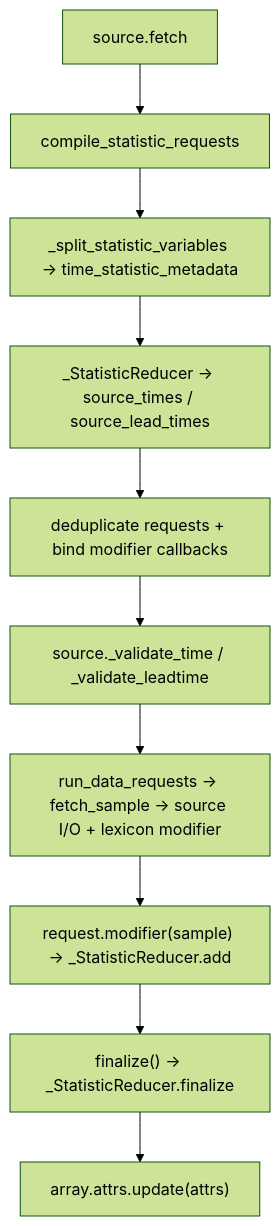
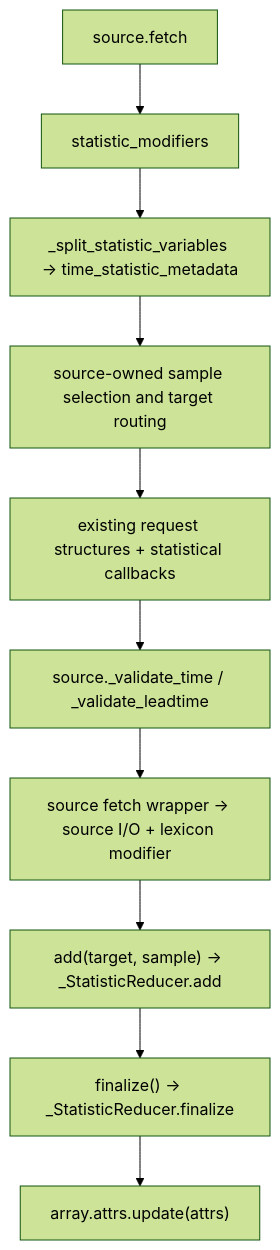
Before and after one commit to NVIDIA/earth2studio: the diagram in dev/spec/TIME_STATISTICS_SPEC.md, drawn with Mermaid (forest theme). The commit also changed other lines of this file and 17 other files, not shown here.

Commit message:
refactor(data): keep temporal sampling and requests source-owned

````diff
--- a/dev/spec/TIME_STATISTICS_SPEC.md
+++ b/dev/spec/TIME_STATISTICS_SPEC.md
@@ -149,12 +149,12 @@
 ```mermaid
 flowchart TD
-    A["source.fetch"] --> B["compile_statistic_requests"]
+    A["source.fetch"] --> B["statistic_modifiers"]
     B --> C["_split_statistic_variables → time_statistic_metadata"]
-    C --> D["_StatisticReducer → source_times / source_lead_times"]
-    D --> E["deduplicate requests + bind modifier callbacks"]
+    C --> D["source-owned sample selection and target routing"]
+    D --> E["existing request structures + statistical callbacks"]
     E --> F["source._validate_time / _validate_leadtime"]
-    F --> G["run_data_requests → fetch_sample → source I/O + lexicon modifier"]
-    G --> H["request.modifier(sample) → _StatisticReducer.add"]
+    F --> G["source fetch wrapper → source I/O + lexicon modifier"]
+    G --> H["add(target, sample) → _StatisticReducer.add"]
     H --> I["finalize() → _StatisticReducer.finalize"]
     I --> J["array.attrs.update(attrs)"]
 ```
````
